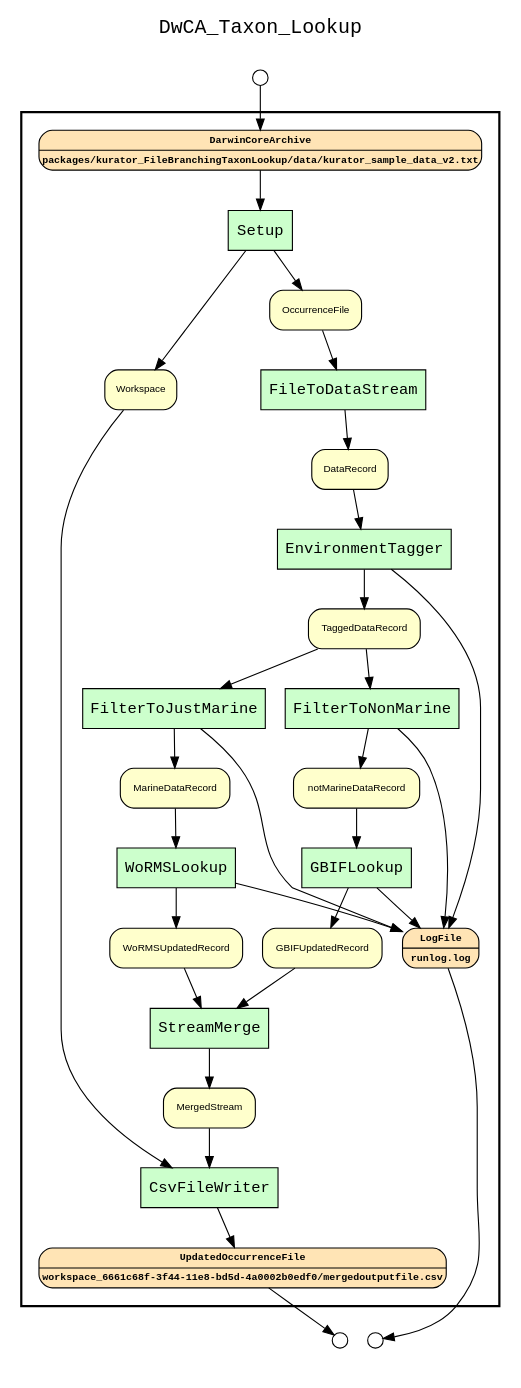
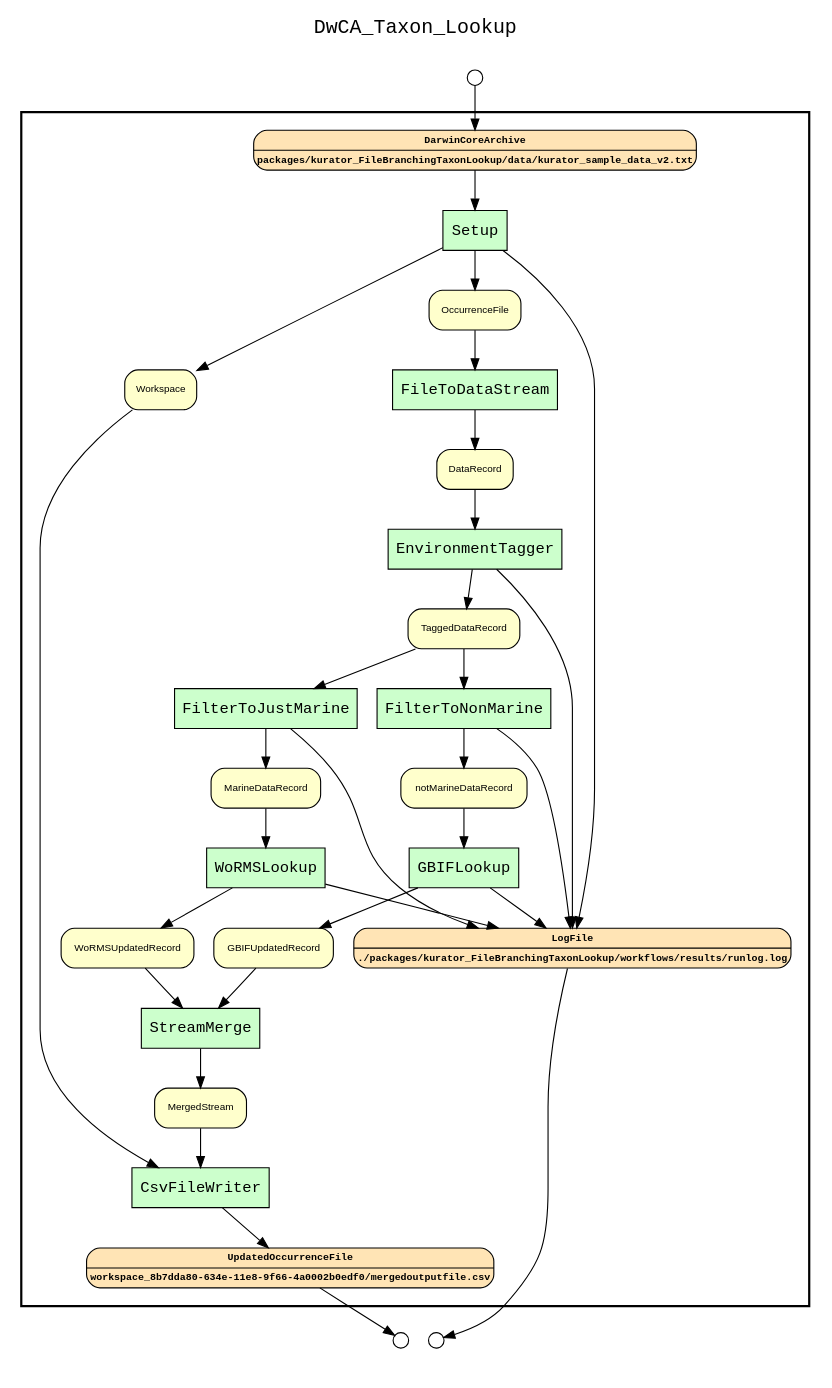
The diagram in kurator_FileBranchingTaxonLookup/workflows/results/wf_recon_complete_graph_all_observables.gv (kurator-org/kurator-TDWG17-YW), drawn with Graphviz before and after one commit. The commit also changed 54 other files, not shown here.

```diff
--- a/kurator_FileBranchingTaxonLookup/workflows/results/wf_recon_complete_graph_all_observables.gv
+++ b/kurator_FileBranchingTaxonLookup/workflows/results/wf_recon_complete_graph_all_observables.gv
@@ -1,76 +1,77 @@
 
 digraph yw_data_view {
 rankdir=TB
 fontname=Courier; fontsize=18; labelloc=t
 label="DwCA_Taxon_Lookup"
 subgraph cluster_workflow { label=""; color=black; penwidth=2
 subgraph cluster_workflow_inner { label=""; color=white
 node[shape=box style="filled" fillcolor="#CCFFCC" peripheries=1 fontname=Courier]
 Setup
 FileToDataStream
 EnvironmentTagger
 FilterToJustMarine
 FilterToNonMarine
 WoRMSLookup
 GBIFLookup
 StreamMerge
 CsvFileWriter
 node[shape=box style="filled" fillcolor="#CCFFCC" peripheries=1 fontname=Courier]
 node[shape=box style="rounded,filled" fillcolor="#FFE4B5" peripheries=1 fontname="Courier-Bold" fontsize=9]
 DarwinCoreArchive[shape=record rankdir=LR label="{<f0> DarwinCoreArchive |<f1>packages/kurator_FileBranchingTaxonLookup/data/kurator_sample_data_v2.txt\n}"]
 node[shape=box style="rounded,filled" fillcolor="#FFFFCC" peripheries=1 fontname=Helvetica]
 Workspace
 OccurrenceFile
 DataRecord
 TaggedDataRecord
 MarineDataRecord
 notMarineDataRecord
 WoRMSUpdatedRecord
 GBIFUpdatedRecord
 MergedStream
 node[shape=box style="rounded,filled" fillcolor="#FFE4B5" peripheries=1 fontname="Courier-Bold" fontsize=9]
-LogFile[shape=record rankdir=LR label="{<f0> LogFile |<f1>runlog.log\n}"]
-UpdatedOccurrenceFile[shape=record rankdir=LR label="{<f0> UpdatedOccurrenceFile |<f1>workspace_6661c68f-3f44-11e8-bd5d-4a0002b0edf0/mergedoutputfile.csv\n}"]
+LogFile[shape=record rankdir=LR label="{<f0> LogFile |<f1>./packages/kurator_FileBranchingTaxonLookup/workflows/results/runlog.log\n}"]
+UpdatedOccurrenceFile[shape=record rankdir=LR label="{<f0> UpdatedOccurrenceFile |<f1>workspace_8b7dda80-634e-11e8-9f66-4a0002b0edf0/mergedoutputfile.csv\n}"]
 node[shape=box style="rounded,filled" fillcolor="#FFFFFF" peripheries=1 fontname=Helvetica]
 }}
 subgraph cluster_inflows { label=""; color=white; penwidth=2
 subgraph cluster_inflows_inner { label=""; color=white
 node[shape=circle fillcolor="#FFFFFF" peripheries=1 width=0.2]
 DarwinCoreArchive_inflow [label=""]
 }}
 subgraph cluster_outflows { label=""; color=white; penwidth=2
 subgraph cluster_outflows_inner { label=""; color=white
 node[shape=circle fillcolor="#FFFFFF" peripheries=1 width=0.2]
 LogFile_outflow [label=""]
 UpdatedOccurrenceFile_outflow [label=""]
 }}
 DarwinCoreArchive -> Setup
 Workspace -> CsvFileWriter
 OccurrenceFile -> FileToDataStream
 DataRecord -> EnvironmentTagger
 TaggedDataRecord -> FilterToJustMarine
 TaggedDataRecord -> FilterToNonMarine
 MarineDataRecord -> WoRMSLookup
 notMarineDataRecord -> GBIFLookup
 WoRMSUpdatedRecord -> StreamMerge
 GBIFUpdatedRecord -> StreamMerge
 MergedStream -> CsvFileWriter
 Setup -> Workspace
+Setup -> LogFile
 Setup -> OccurrenceFile
 FileToDataStream -> DataRecord
 EnvironmentTagger -> LogFile
 EnvironmentTagger -> TaggedDataRecord
 FilterToJustMarine -> LogFile
 FilterToJustMarine -> MarineDataRecord
 FilterToNonMarine -> LogFile
 FilterToNonMarine -> notMarineDataRecord
 WoRMSLookup -> LogFile
 WoRMSLookup -> WoRMSUpdatedRecord
 GBIFLookup -> LogFile
 GBIFLookup -> GBIFUpdatedRecord
 StreamMerge -> MergedStream
 CsvFileWriter -> UpdatedOccurrenceFile
 DarwinCoreArchive_inflow -> DarwinCoreArchive
 LogFile -> LogFile_outflow
 UpdatedOccurrenceFile -> UpdatedOccurrenceFile_outflow
 }
```
